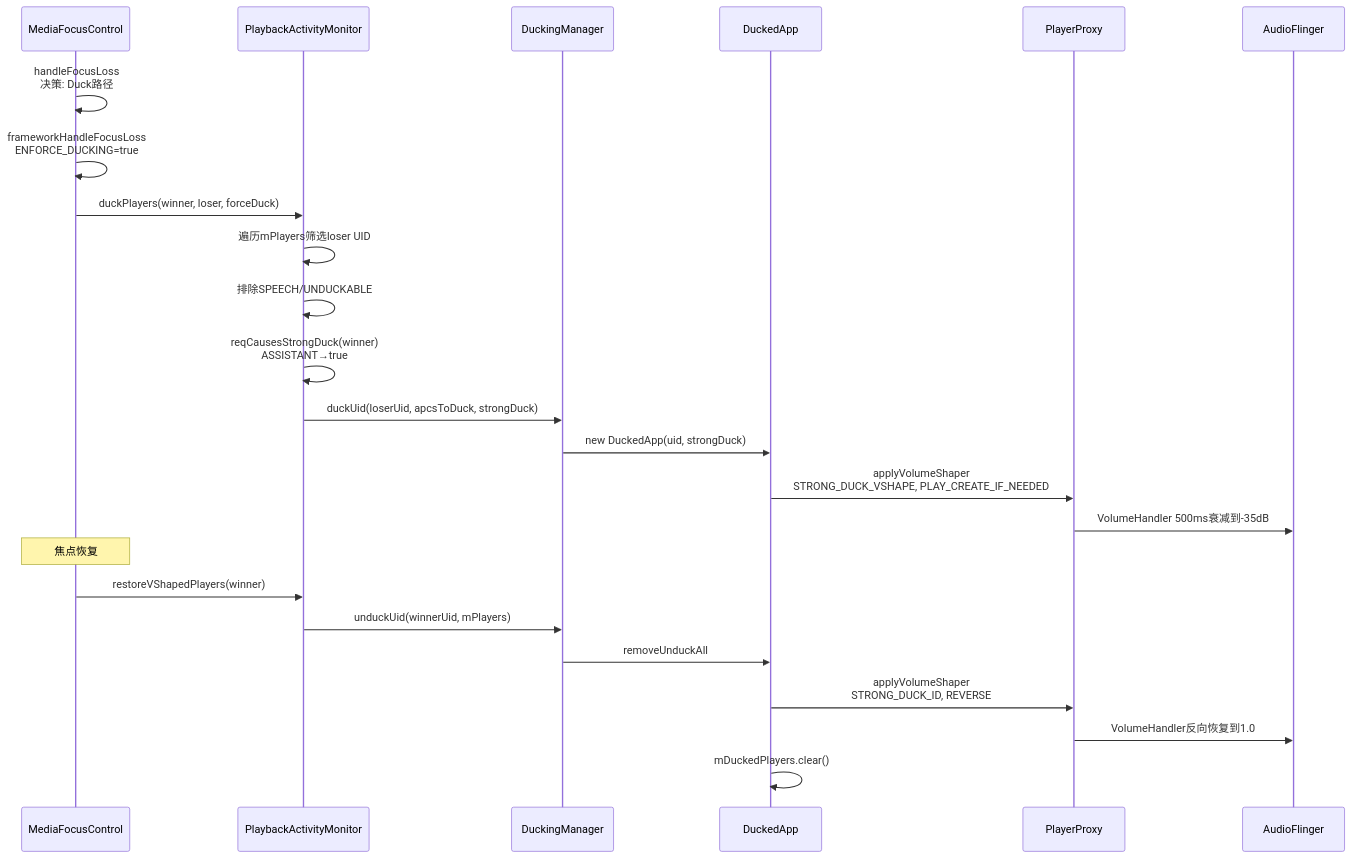
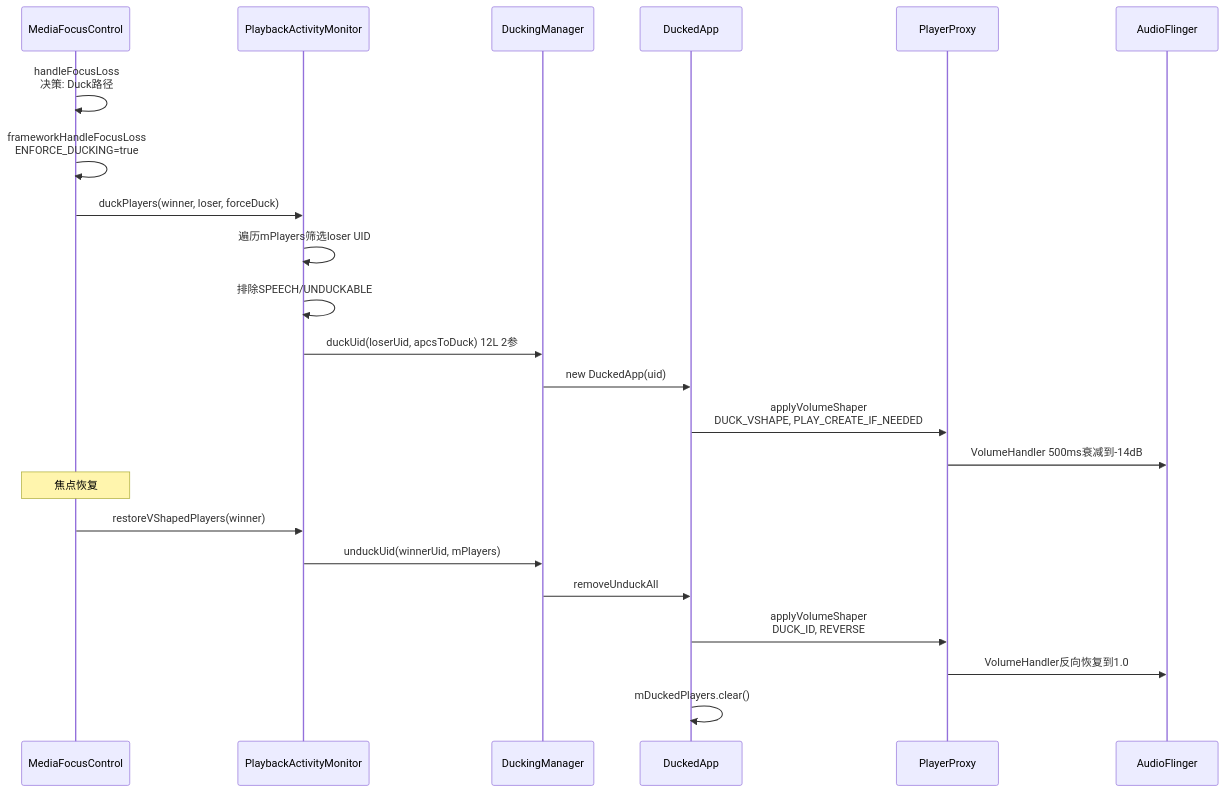
Before and after one commit to yanglinzhen1022/SA8295_AAOS_QNX_Audio_KnowledgeBase: the third of 3 diagrams in 12_Audio_Focus_Deep_Dive/12_12.11_PlaybackActivityMonitor_Duck执行深度.md, drawn with Mermaid. The commit also changed other lines of this file and 14 other files, not shown here.

````diff
--- a/12_Audio_Focus_Deep_Dive/12_12.11_PlaybackActivityMonitor_Duck执行深度.md
+++ b/12_Audio_Focus_Deep_Dive/12_12.11_PlaybackActivityMonitor_Duck执行深度.md
@@ -345,28 +352,27 @@
 ```mermaid
 sequenceDiagram
     participant MFC as MediaFocusControl
     participant PAM as PlaybackActivityMonitor
     participant DM as DuckingManager
     participant DA as DuckedApp
     participant PP as PlayerProxy
     participant AF as AudioFlinger
 
     MFC->>MFC: handleFocusLoss<br>决策: Duck路径
     MFC->>MFC: frameworkHandleFocusLoss<br>ENFORCE_DUCKING=true
     MFC->>PAM: duckPlayers(winner, loser, forceDuck)
     PAM->>PAM: 遍历mPlayers筛选loser UID
     PAM->>PAM: 排除SPEECH/UNDUCKABLE
-    PAM->>PAM: reqCausesStrongDuck(winner)<br>ASSISTANT→true
-    PAM->>DM: duckUid(loserUid, apcsToDuck, strongDuck)
-    DM->>DA: new DuckedApp(uid, strongDuck)
-    DA->>PP: applyVolumeShaper<br>STRONG_DUCK_VSHAPE, PLAY_CREATE_IF_NEEDED
-    PP->>AF: VolumeHandler 500ms衰减到-35dB
+    PAM->>DM: duckUid(loserUid, apcsToDuck) 12L 2参
+    DM->>DA: new DuckedApp(uid)
+    DA->>PP: applyVolumeShaper<br>DUCK_VSHAPE, PLAY_CREATE_IF_NEEDED
+    PP->>AF: VolumeHandler 500ms衰减到-14dB
 
     Note over MFC: 焦点恢复
     MFC->>PAM: restoreVShapedPlayers(winner)
     PAM->>DM: unduckUid(winnerUid, mPlayers)
     DM->>DA: removeUnduckAll
-    DA->>PP: applyVolumeShaper<br>STRONG_DUCK_ID, REVERSE
+    DA->>PP: applyVolumeShaper<br>DUCK_ID, REVERSE
     PP->>AF: VolumeHandler反向恢复到1.0
     DA->>DA: mDuckedPlayers.clear()
 ```
````
